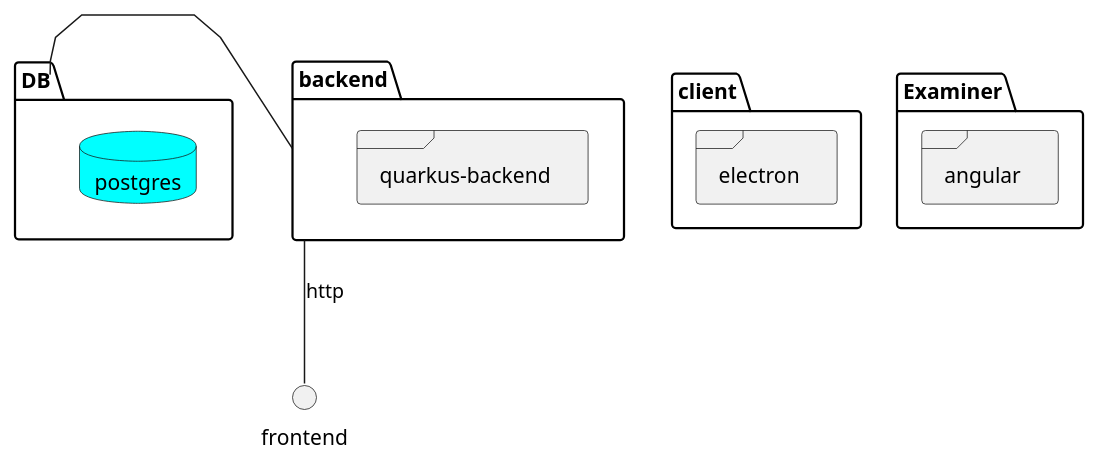
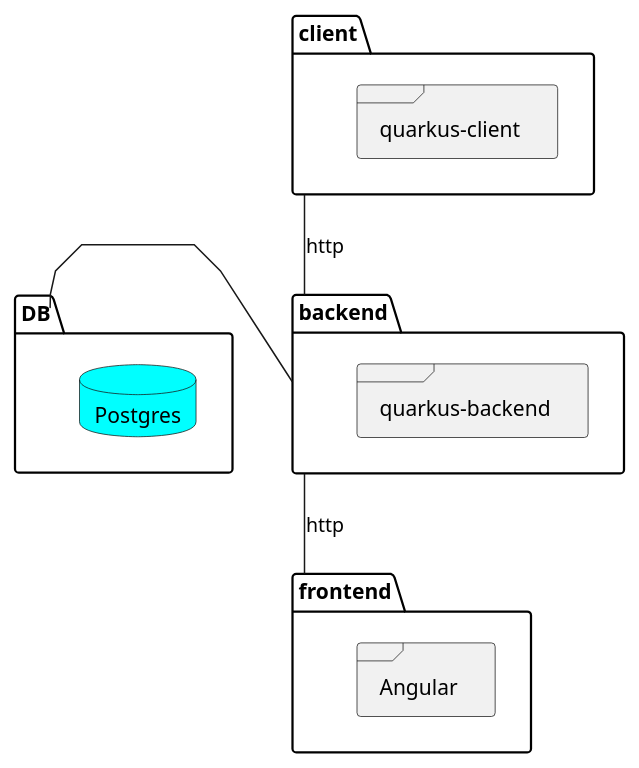
One commit to htl-leonding-project/franklyn-quarkus changed the diagram in docs/asciidocs/plantuml/system-architecture.puml. Above: the diagram before and after it, drawn with PlantUML. The commit also changed 3 other files, not shown here.

```diff
--- a/docs/asciidocs/plantuml/system-architecture.puml
+++ b/docs/asciidocs/plantuml/system-architecture.puml
@@ -1,27 +1,27 @@
 @startuml
 
 skinparam linetype polyline
 skinparam databaseBackgroundColor Aqua
 
 package backend{
     frame "quarkus-backend"
 }
 
 package client{
-    frame "electron"
+    frame "quarkus-client"
 }
 
-package Examiner{
+package frontend{
 
-    frame "angular"
+    frame "Angular"
 }
 
 package "DB" {
-    database "postgres"
+    database "Postgres"
  }
 
 DB -r- backend
 backend -d- frontend : http
-'TeacherFrontend -- backend : http
+backend -u- client : http
 
 @enduml
```
